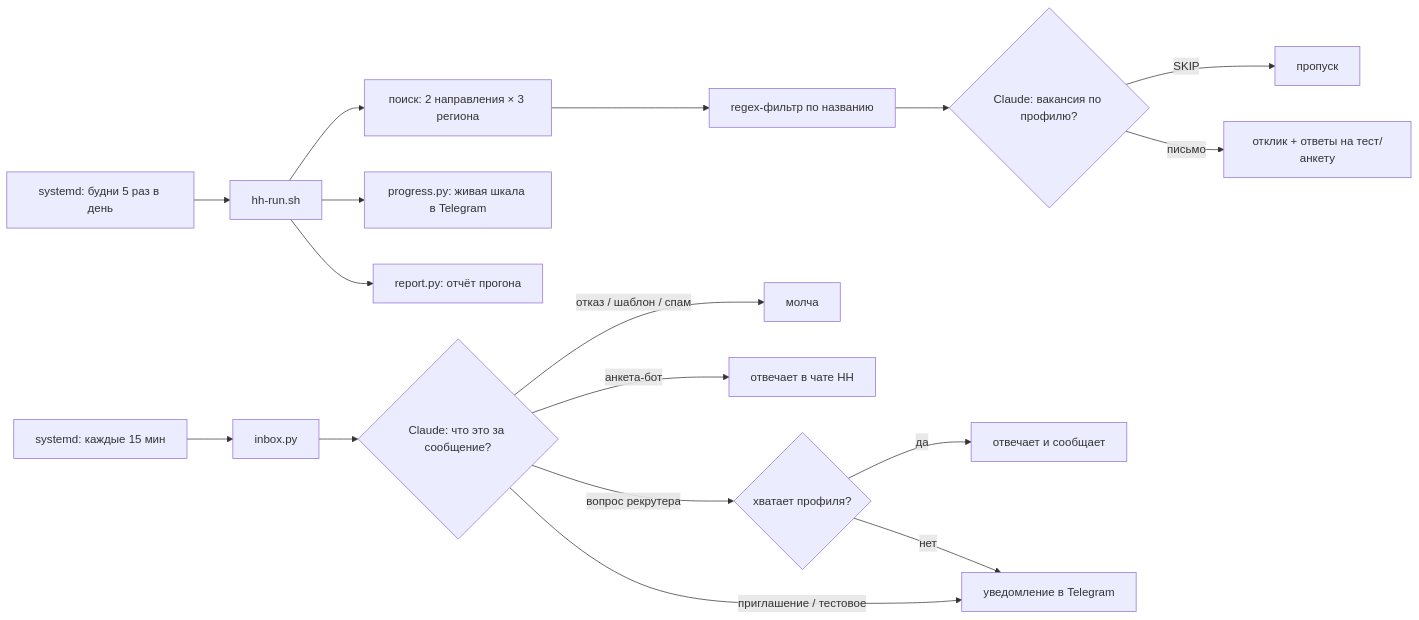
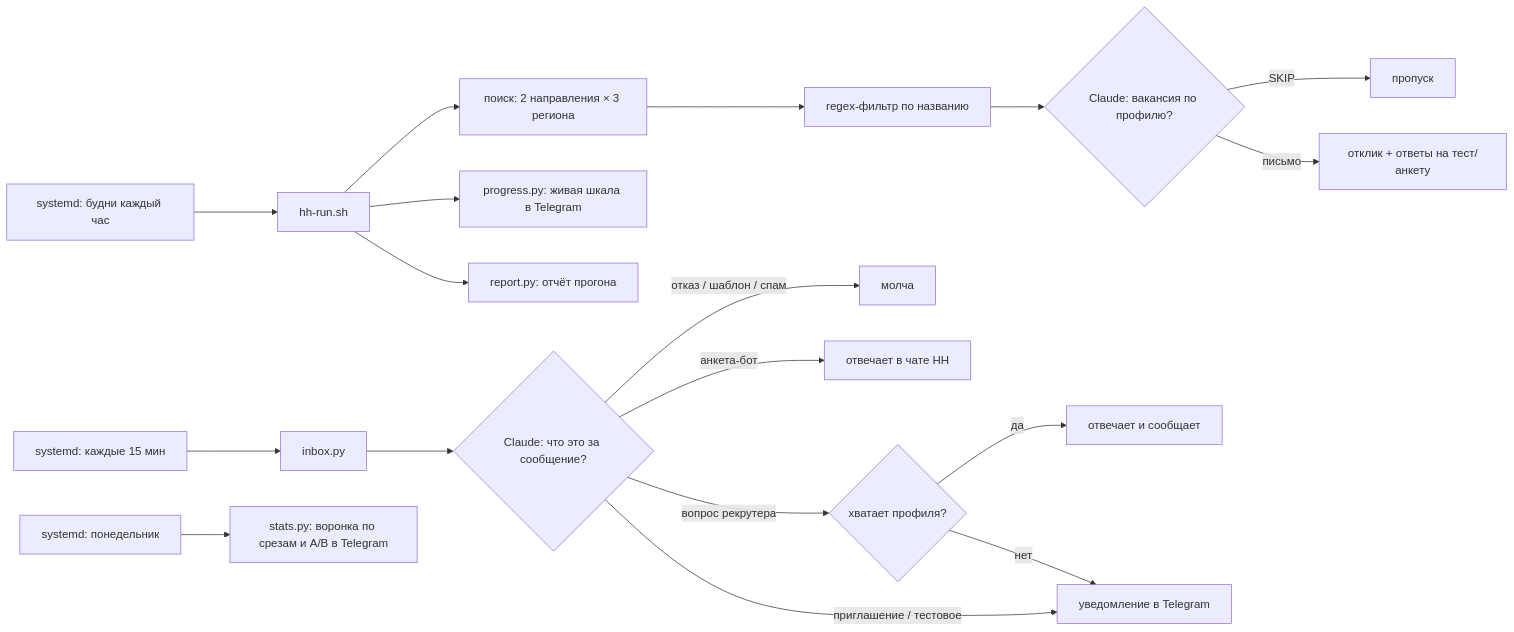
The diagram in README.md (GetGoose44/hh-autopilot), drawn with Mermaid before and after one commit. The commit also changed other lines of this file and 7 other files, not shown here.

````diff
--- a/README.md
+++ b/README.md
@@ -37,19 +37,20 @@
 ```mermaid
 flowchart LR
-    T1[systemd: будни 5 раз в день] --> R[hh-run.sh]
+    T1[systemd: будни каждый час] --> R[hh-run.sh]
     R --> S[поиск: 2 направления × 3 региона]
     S --> F[regex-фильтр по названию]
     F --> L{Claude: вакансия по профилю?}
     L -- SKIP --> X[пропуск]
     L -- письмо --> A[отклик + ответы на тест/анкету]
     R --> P[progress.py: живая шкала в Telegram]
     R --> REP[report.py: отчёт прогона]
     T2[systemd: каждые 15 мин] --> I[inbox.py]
     I --> C{Claude: что это за сообщение?}
     C -- отказ / шаблон / спам --> Q[молча]
     C -- анкета-бот --> B[отвечает в чате HH]
     C -- вопрос рекрутера --> RR{хватает профиля?}
     RR -- да --> ANS[отвечает и сообщает]
     RR -- нет --> TG[уведомление в Telegram]
     C -- приглашение / тестовое --> TG
+    T3[systemd: понедельник] --> ST[stats.py: воронка по срезам и A/B в Telegram]
 ```
````
